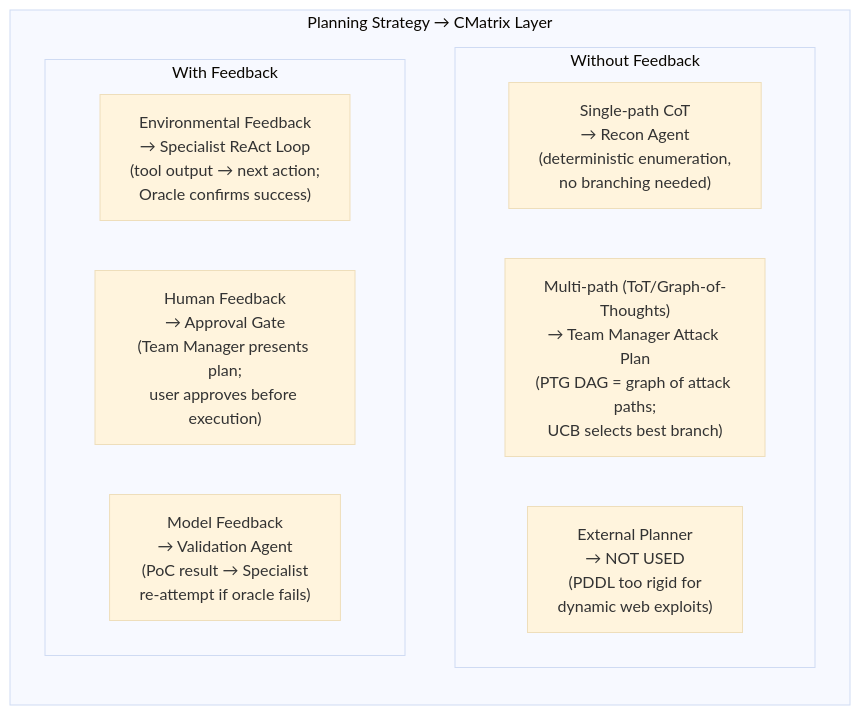
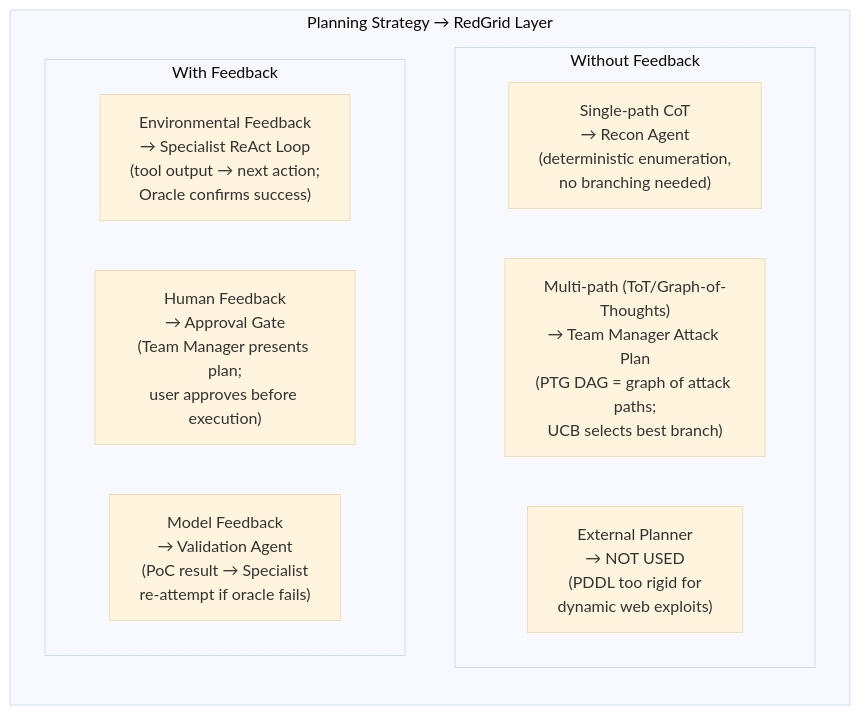
One commit to nishan-paul-hello/cmatrix-agentic-red-team changed the second of 2 diagrams in docs/paper-research/survey-notes/27-a-survey-on-large-language-model-based-autonomous-agents.md. Above: the diagram before and after it, drawn with Mermaid (base theme). The commit also changed other lines of this file and 104 other files, not shown here.

````diff
--- a/docs/paper-research/survey-notes/27-a-survey-on-large-language-model-based-autonomous-agents.md
+++ b/docs/paper-research/survey-notes/27-a-survey-on-large-language-model-based-autonomous-agents.md
@@ -94,16 +94,16 @@
 ```mermaid
 flowchart LR
-    subgraph Plan["Planning Strategy → CMatrix Layer"]
+    subgraph Plan["Planning Strategy → RedGrid Layer"]
         subgraph NoFeedback["Without Feedback"]
             A["Single-path CoT\n→ Recon Agent\n(deterministic enumeration,\nno branching needed)"]
             B["Multi-path (ToT/Graph-of-Thoughts)\n→ Team Manager Attack Plan\n(PTG DAG = graph of attack paths;\nUCB selects best branch)"]
             C["External Planner\n→ NOT USED\n(PDDL too rigid for\ndynamic web exploits)"]
         end
 
         subgraph Feedback["With Feedback"]
             D["Environmental Feedback\n→ Specialist ReAct Loop\n(tool output → next action;\nOracle confirms success)"]
             E["Human Feedback\n→ Approval Gate\n(Team Manager presents plan;\nuser approves before execution)"]
             F["Model Feedback\n→ Validation Agent\n(PoC result → Specialist\nre-attempt if oracle fails)"]
         end
     end
 ```
````
